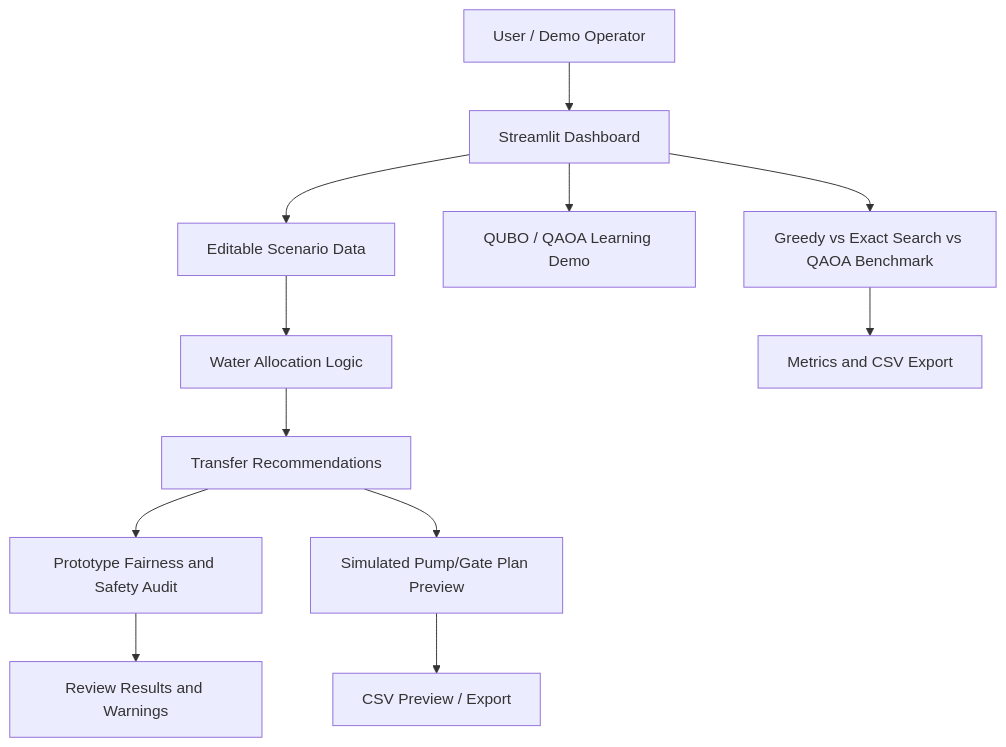
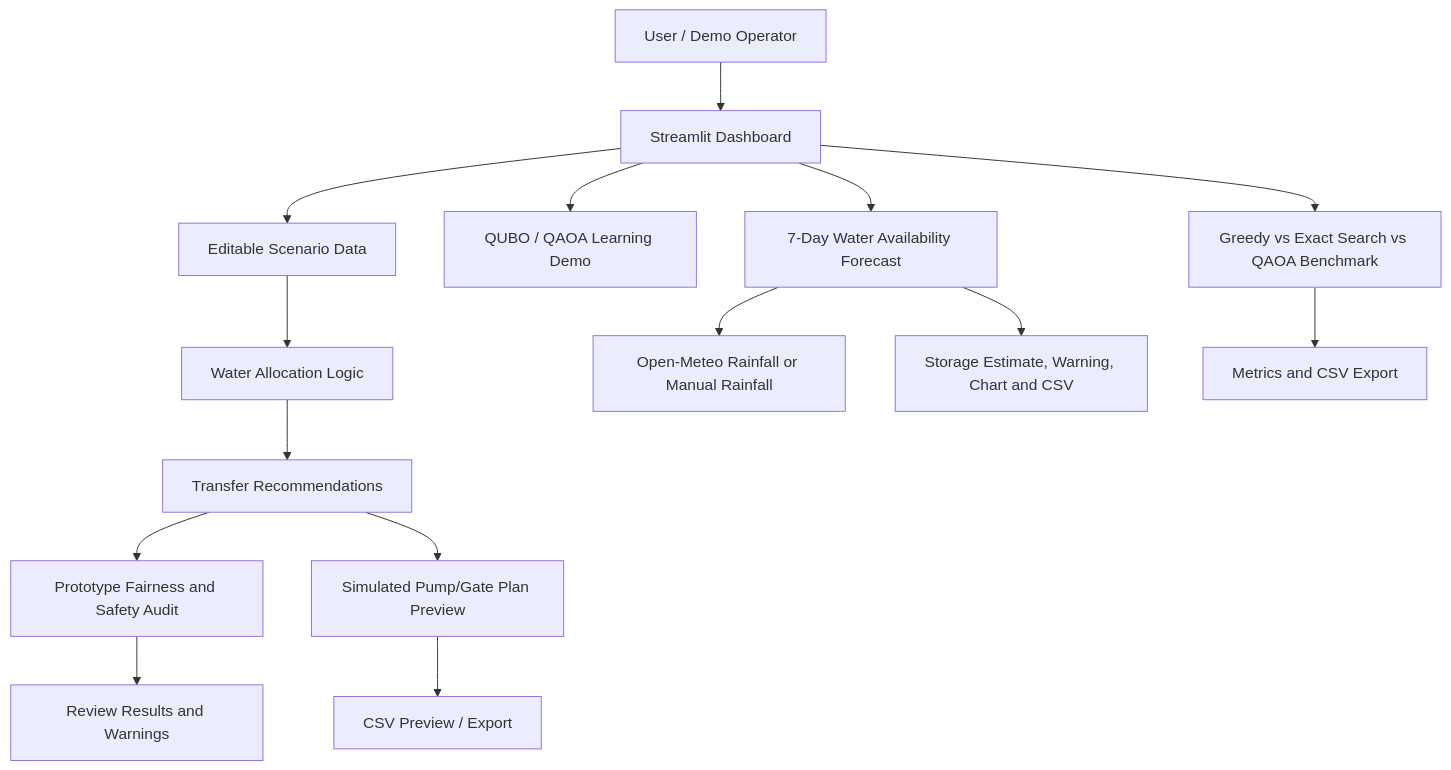
The first of 2 diagrams in README.md (elitecoder2366/water-rescue-exchange), drawn with Mermaid before and after one commit. The commit also changed other lines of this file, not shown here.

Commit message:
Finalize README for water prediction and current features

````diff
--- a/README.md
+++ b/README.md
@@ -39,14 +40,17 @@
 ```mermaid
 flowchart TD
     U[User / Demo Operator] --> UI[Streamlit Dashboard]
     UI --> D[Editable Scenario Data]
     D --> A[Water Allocation Logic]
     A --> R[Transfer Recommendations]
     R --> F[Prototype Fairness and Safety Audit]
     R --> P[Simulated Pump/Gate Plan Preview]
     UI --> Q[QUBO / QAOA Learning Demo]
     UI --> B[Greedy vs Exact Search vs QAOA Benchmark]
+    UI --> WP[7-Day Water Availability Forecast]
+    WP --> WX[Open-Meteo Rainfall or Manual Rainfall]
+    WP --> WF[Storage Estimate, Warning, Chart and CSV]
     F --> V[Review Results and Warnings]
     P --> X[CSV Preview / Export]
     B --> C[Metrics and CSV Export]
 ```
````
